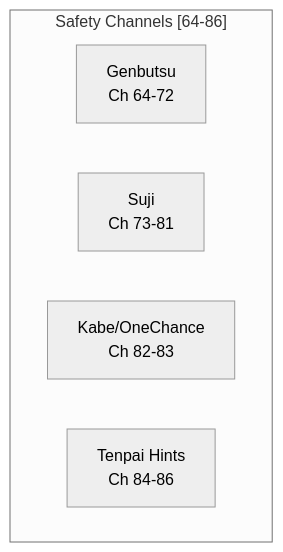
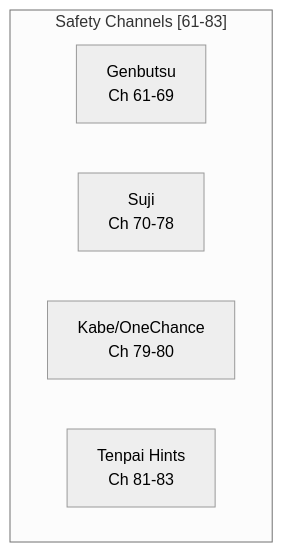
Before and after one commit to NikkeTryHard/hydra: the second of 5 diagrams in research/OPPONENT_MODELING.md, drawn with Mermaid (neutral theme). The commit also changed other lines of this file and 3 other files, not shown here.

````diff
--- a/research/OPPONENT_MODELING.md
+++ b/research/OPPONENT_MODELING.md
@@ -60,9 +60,9 @@
 ```mermaid
 graph TB
-    subgraph "Safety Channels [64-86]"
-        GEN["Genbutsu<br/>Ch 64-72"]
-        SUJI["Suji<br/>Ch 73-81"]
-        KABE["Kabe/OneChance<br/>Ch 82-83"]
-        HINT["Tenpai Hints<br/>Ch 84-86"]
+    subgraph "Safety Channels [61-83]"
+        GEN["Genbutsu<br/>Ch 61-69"]
+        SUJI["Suji<br/>Ch 70-78"]
+        KABE["Kabe/OneChance<br/>Ch 79-80"]
+        HINT["Tenpai Hints<br/>Ch 81-83"]
     end
 ```
````
